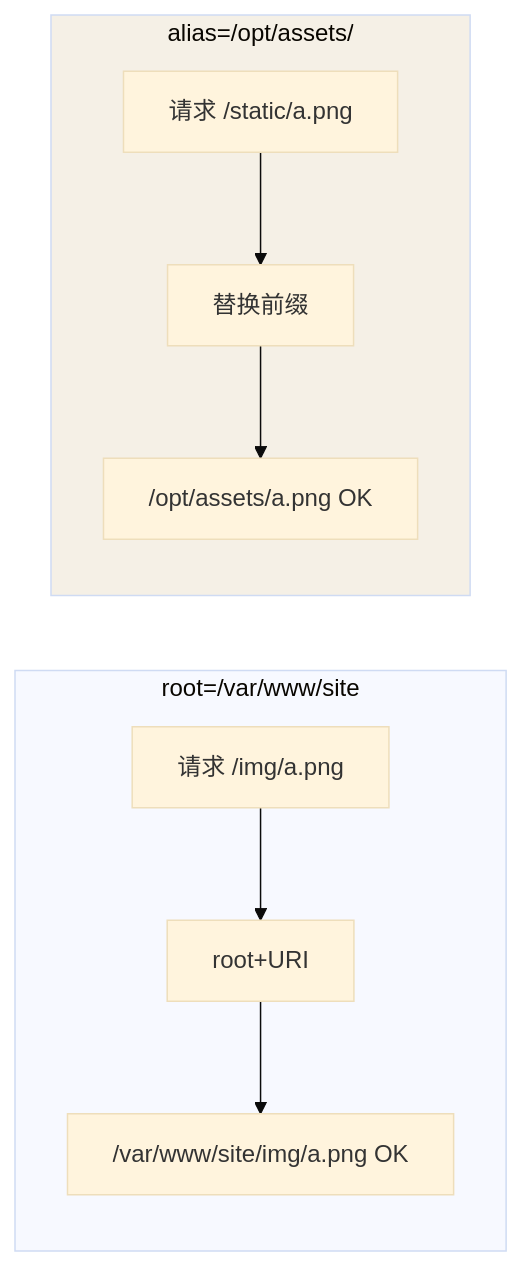
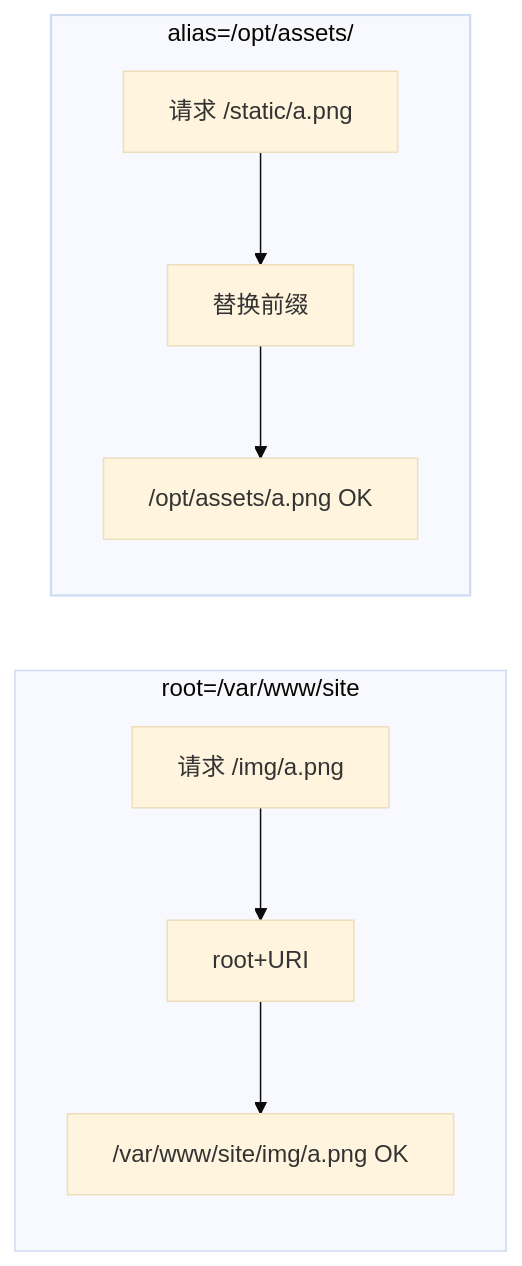
One commit to Loadhao/ascension changed the first of 2 diagrams in src/content/docs/nginx/basic/config/02-static-server.md. Above: the diagram before and after it, drawn with Mermaid (base theme). The commit also changed other lines of this file and 87 other files, not shown here.

First line of the commit message:
fix: 全站图表配色改由主题接管，修复暗色主题下浅底浅字看不清

````diff
--- a/src/content/docs/nginx/basic/config/02-static-server.md
+++ b/src/content/docs/nginx/basic/config/02-static-server.md
@@ -33,10 +33,11 @@
 ```mermaid
 flowchart LR
     subgraph ROOT["root=/var/www/site"]
         R1["请求 /img/a.png"] --> R2["root+URI"] --> R3["/var/www/site/img/a.png OK"]
     end
     subgraph ALIAS["alias=/opt/assets/"]
         A1["请求 /static/a.png"] --> A2["替换前缀"] --> A3["/opt/assets/a.png OK"]
     end
-    style ALIAS fill:#f5f0e6
+    class ALIAS hl
+    classDef hl stroke-width:1.5px
 ```
````
